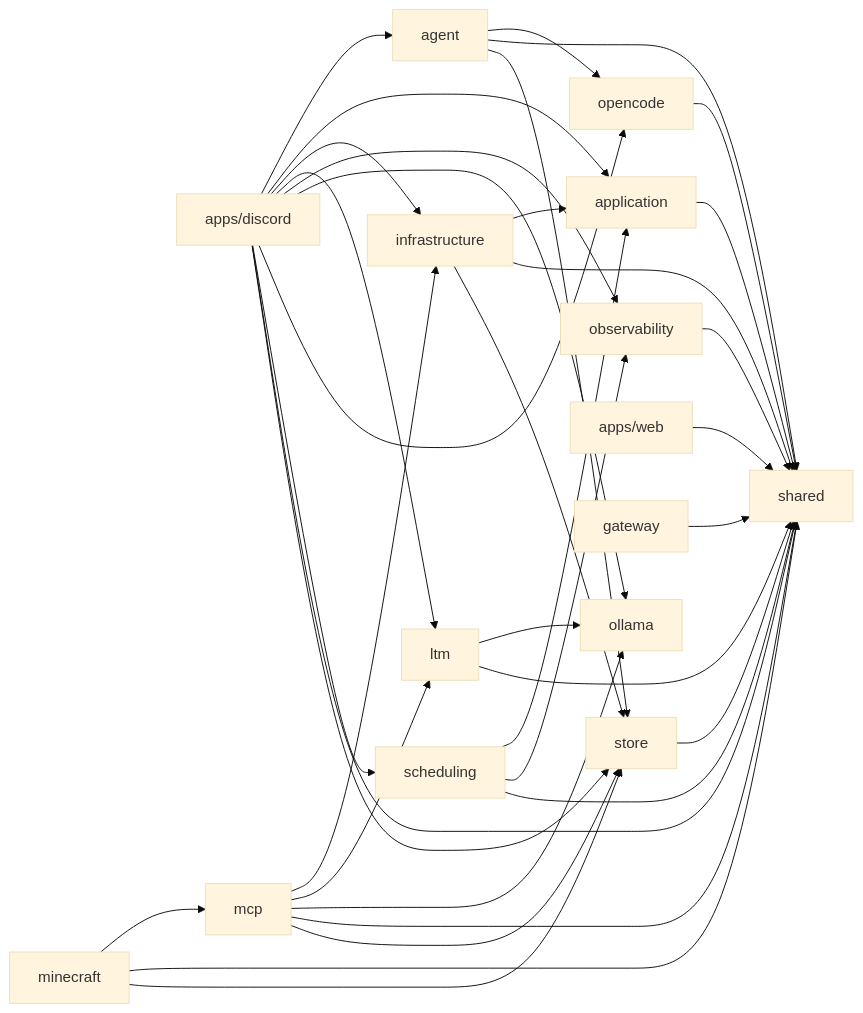
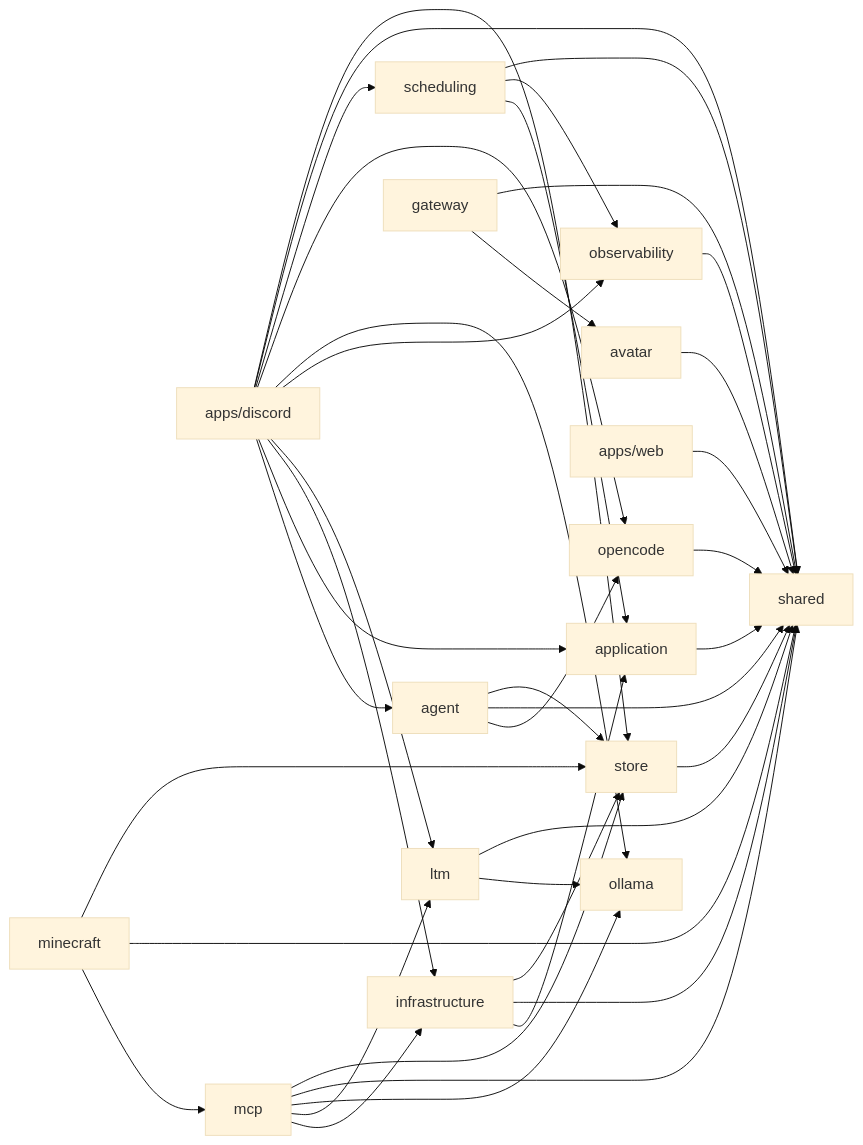
The diagram in docs/DEPS.md (OJII3/vicissitude), drawn with Mermaid (base theme) before and after one commit. The commit also changed other lines of this file and 30 other files, not shown here.

````diff
--- a/docs/DEPS.md
+++ b/docs/DEPS.md
@@ -7,40 +7,42 @@
 ```mermaid
 graph LR
   agent --> opencode
   agent --> shared
   agent --> store
   application --> shared
   apps_discord["apps/discord"] --> agent
   apps_discord["apps/discord"] --> application
   apps_discord["apps/discord"] --> infrastructure
   apps_discord["apps/discord"] --> ltm
   apps_discord["apps/discord"] --> observability
   apps_discord["apps/discord"] --> ollama
   apps_discord["apps/discord"] --> opencode
   apps_discord["apps/discord"] --> scheduling
   apps_discord["apps/discord"] --> shared
   apps_discord["apps/discord"] --> store
   apps_web["apps/web"] --> shared
+  avatar --> shared
+  gateway --> avatar
   gateway --> shared
   infrastructure --> application
   infrastructure --> shared
   infrastructure --> store
   ltm --> ollama
   ltm --> shared
   mcp --> infrastructure
   mcp --> ltm
   mcp --> ollama
   mcp --> shared
   mcp --> store
   minecraft --> mcp
   minecraft --> shared
   minecraft --> store
   observability --> shared
   ollama
   opencode --> shared
   scheduling --> application
   scheduling --> observability
   scheduling --> shared
   shared
   store --> shared
 ```
````
